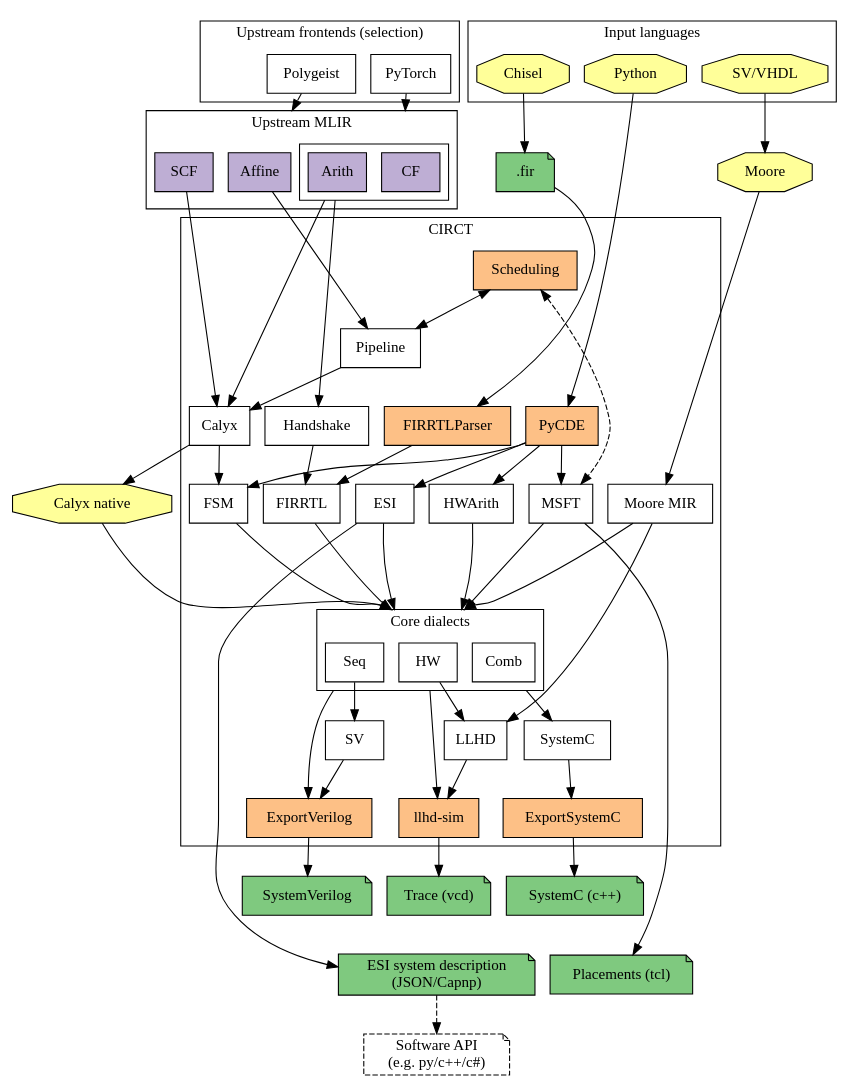
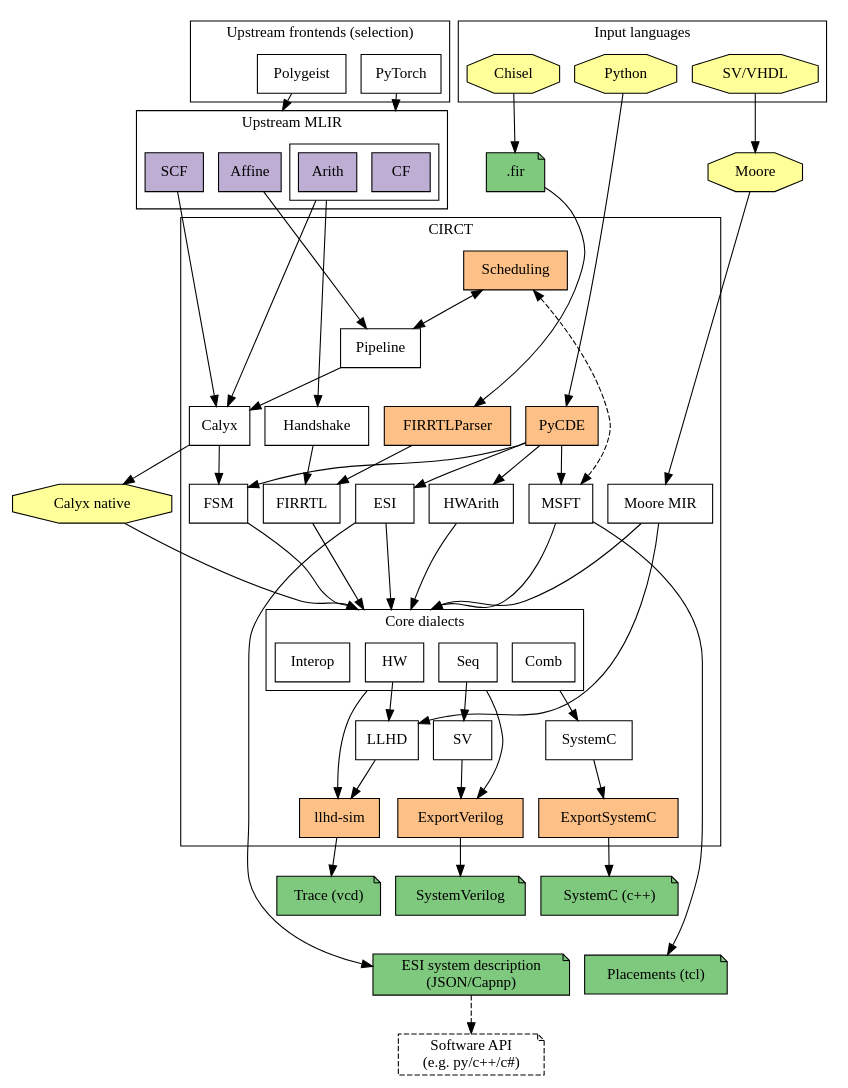
The diagram in docs/dialects.dot (thomasnormal/circt), drawn with Graphviz before and after one commit. The commit also changed 17 other files, not shown here.

```diff
--- a/docs/dialects.dot
+++ b/docs/dialects.dot
@@ -1,165 +1,166 @@
 digraph G {
   // Note: Remember to run the circt/utils/update-docs-dialects.sh script after
   // modifying this file to regenerate the .svg and .png renders of the graph.
   rankdir = TB
   splines=spline
   node [shape=box style=filled fillcolor="white"]
   nodesep=0.2 // horizontal compression
   ranksep=0.5 // vertical compression
   compound=true
 
   // MLIR frontends
   subgraph cluster_mlir_frontends {
     label = "Upstream frontends (selection)"
     PyTorch
     Polygeist
   }
 
   // MLIR dialects
   subgraph cluster_mlir {
     label = "Upstream MLIR";
     node [fillcolor="#beaed4"]
     SCF Affine
     subgraph cluster_std_arith_dialect {
       label = ""
       CF
       Arith
     }
   }
   PyTorch -> CF [lhead=cluster_mlir]
   Polygeist -> Affine [lhead=cluster_mlir]
 
   subgraph cluster_circt {
     label = "CIRCT"
     // Internal frontend tools
     subgraph frontend_internal_tools{
       node [fillcolor="#fdc086"]
       FIRRTLParser
       PyCDE [URL="https://circt.llvm.org/docs/PyCDE/"]
       Scheduling [URL="https://circt.llvm.org/docs/Scheduling/"]
     }
 
     // CIRCT dialects
     Handshake [URL="https://circt.llvm.org/docs/Dialects/Handshake/"]
     Calyx [URL="https://circt.llvm.org/docs/Dialects/Calyx/"]
     FIRRTL [URL="https://circt.llvm.org/docs/Dialects/FIRRTL/"]
     Pipeline [URL="https://circt.llvm.org/docs/Dialects/Pipeline/"]
     MSFT [URL="https://circt.llvm.org/docs/Dialects/MSFT/"]
     ESI [URL="https://circt.llvm.org/docs/Dialects/ESI/"]
     FSM [URL="https://circt.llvm.org/docs/Dialects/FSM/"]
     HWArith [URL="https://circt.llvm.org/docs/Dialects/HWArith/"]
     MooreMIR [URL="https://circt.llvm.org/docs/Dialects/Moore/", label="Moore MIR"]
 
     // Invisible node to make space for RTL cluster's incoming edges.
     space_above_RTL [style = invis, label=""]
 
     // Core dialects
     subgraph cluster_RTL {
       label = "Core dialects"
       Seq [URL="https://circt.llvm.org/docs/Dialects/Seq/"]
       HW [URL="https://circt.llvm.org/docs/Dialects/HW/"]
       Comb [URL="https://circt.llvm.org/docs/Dialects/Comb/"]
+      Interop [URL="https://circt.llvm.org/docs/Dialects/Interop/"]
     }
     LLHD [URL="https://circt.llvm.org/docs/Dialects/LLHD/"]
 
     // Backend dialects
     SV [URL="https://circt.llvm.org/docs/Dialects/SV/"]
     SystemC [URL="https://circt.llvm.org/docs/Dialects/SystemC/"]
 
     subgraph backend_internal_tools{
       node [fillcolor="#fdc086"]
       llhd_sim [label="llhd-sim"]
       ExportSystemC
       ExportVerilog [URL="https://circt.llvm.org/docs/VerilogGeneration/"]
     }
   }
 
   // External tools
   subgraph external_tools {
     node [shape=octagon fillcolor="#ffff99"]
     Moore 
     Calyx_native [label="Calyx native"]
   }
 
   FIRFile [label=".fir" fillcolor="#7fc97f" shape="note"]
 
   subgraph cluster_input_langs {
     label = "Input languages"
     node [shape=octagon fillcolor="#ffff99"]
     Chisel
     SVVHDL [label="SV/VHDL"]
     PyFile [label="Python"]
   }
 
   // Output file formats
   subgraph output_file_formats {
     node [fillcolor="#7fc97f" shape="note"]
     VCDTrace [label="Trace (vcd)"]
     SystemCFile [label="SystemC (c++)"]
     SVFile [label="SystemVerilog"]
     ServiceDesc [label="ESI system description\n(JSON/Capnp)"]
     SoftwareAPI [label="Software API\n(e.g. py/c++/c#)" style=dashed]
     TCL [label="Placements (tcl)"]
   }
 
   // ===== Connections =====
   // Dialect conversions
   SCF -> Calyx
   Affine -> Pipeline
   Pipeline -> Calyx
   Arith -> {Handshake Calyx} [ltail=cluster_std_arith_dialect]
 
   Handshake -> FIRRTL
   Calyx -> FSM
 
   // Things that lower into a subset of the RTL-like dialects. Cluster these
   // together to avoid a massive clutter.
   {FIRRTL FSM ESI MSFT HWArith MooreMIR} -> HW [lhead=cluster_RTL]
   Seq -> SV
   {HW MooreMIR} -> LLHD
   Comb -> SystemC [ltail=cluster_RTL]
   ExportVerilog -> SVFile
 
   // Tool flows
   Scheduling -> Pipeline [dir=both]
   Chisel -> FIRFile
   FIRFile -> FIRRTLParser
   FIRRTLParser -> FIRRTL
   SystemC -> ExportSystemC
   ExportSystemC -> SystemCFile
   SV -> ExportVerilog
   Seq -> ExportVerilog [ltail=cluster_RTL]
   HW -> llhd_sim [ltail=cluster_RTL]
   SVVHDL -> Moore [weight=999]
   Moore -> MooreMIR
   Calyx -> Calyx_native
   Calyx_native -> HW [lhead=cluster_RTL]
   LLHD -> llhd_sim
   llhd_sim -> VCDTrace
   //ESI -> CapNProto
   ESI -> ServiceDesc
   MSFT -> TCL
   PyFile -> PyCDE
   PyCDE -> ESI
   PyCDE -> MSFT
   PyCDE -> HWArith
   PyCDE -> FSM
   Scheduling -> MSFT [dir=both, style=dashed]
   ServiceDesc -> SoftwareAPI [style=dashed]
 
   // ====== Some fake edges to coerce a good layout ======
   // Note: Modify these if you make changes to the above diagram, and things
   // start looking weird.
 
   // Leave one rank free above the RTL cluster to improve routing of incoming
   // edges.
   {FIRRTL FSM ESI MSFT HWArith MooreMIR} -> space_above_RTL [weight=999, style=invis]
   space_above_RTL -> {Seq HW Comb} [lhead=cluster_RTL, weight=999, style=invis]
 
   // Fix the following sink nodes below the CIRCT cluster
   SystemCFile -> {TCL ServiceDesc} [weight=999 style=invis]
 
   // Better organize the top.
   {PyTorch Polygeist Chisel} -> CF [weight=999 style=invis]
   FIRFile -> Scheduling [weight=999 style=invis]
 }
```
